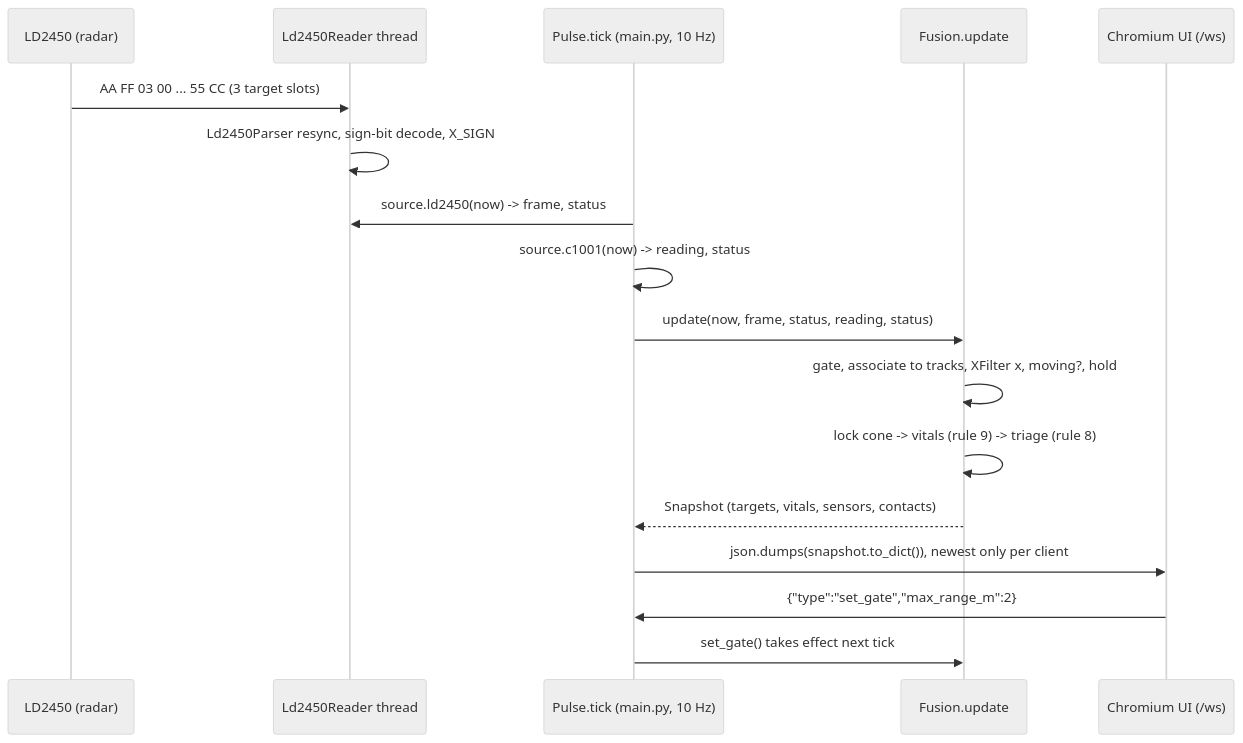
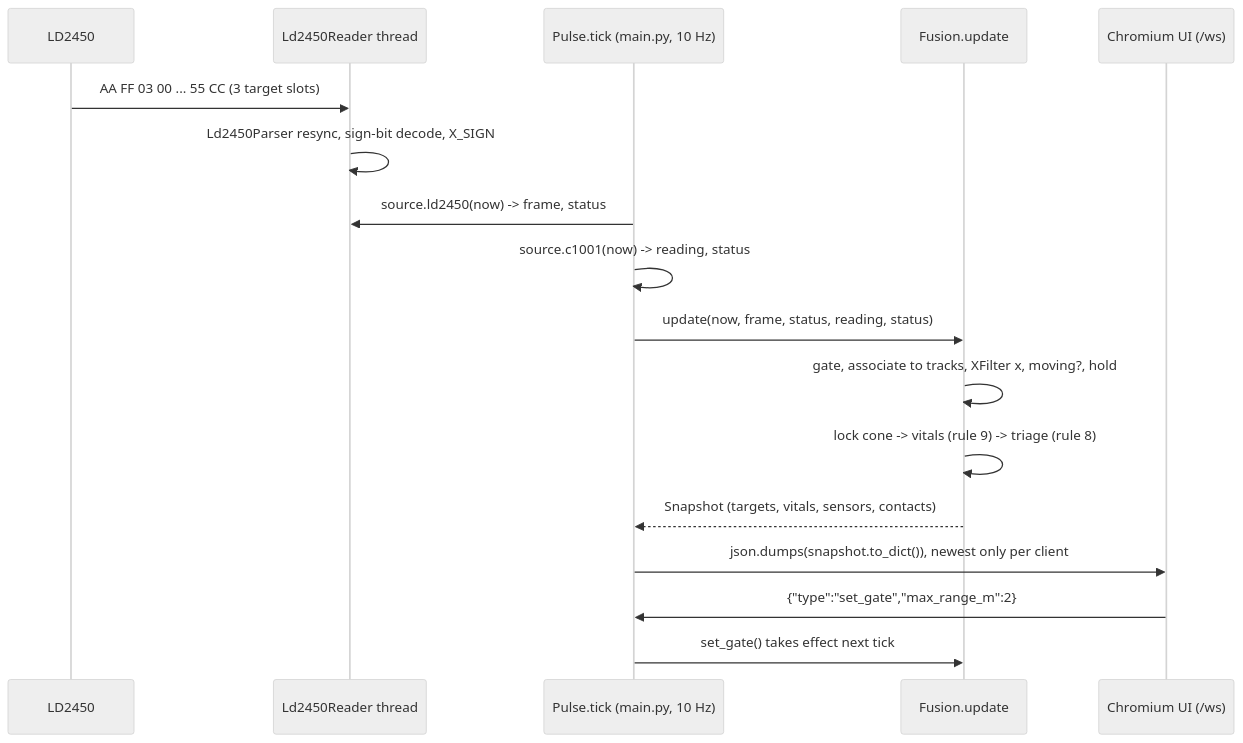
One commit to ar1shah/pulse changed the second of 2 diagrams in README.md. Above: the diagram before and after it, drawn with Mermaid (neutral theme). The commit also changed other lines of this file and 2 other files, not shown here.

````diff
--- a/README.md
+++ b/README.md
@@ -67,20 +129,20 @@
 ```mermaid
 sequenceDiagram
-    participant LD as LD2450 (radar)
-    participant RD as Ld2450Reader thread
-    participant P as Pulse.tick (main.py, 10 Hz)
-    participant F as Fusion.update
-    participant UI as Chromium UI (/ws)
+  participant LD as LD2450
+  participant RD as Ld2450Reader thread
+  participant P as Pulse.tick (main.py, 10 Hz)
+  participant F as Fusion.update
+  participant UI as Chromium UI (/ws)
 
-    LD->>RD: AA FF 03 00 ... 55 CC (3 target slots)
-    RD->>RD: Ld2450Parser resync, sign-bit decode, X_SIGN
-    P->>RD: source.ld2450(now) -> frame, status
-    P->>P: source.c1001(now) -> reading, status
-    P->>F: update(now, frame, status, reading, status)
-    F->>F: gate, associate to tracks, XFilter x, moving?, hold
-    F->>F: lock cone -> vitals (rule 9) -> triage (rule 8)
-    F-->>P: Snapshot (targets, vitals, sensors, contacts)
-    P->>UI: json.dumps(snapshot.to_dict()), newest only per client
-    UI->>P: {"type":"set_gate","max_range_m":2}
-    P->>F: set_gate() takes effect next tick
+  LD->>RD: AA FF 03 00 ... 55 CC (3 target slots)
+  RD->>RD: Ld2450Parser resync, sign-bit decode, X_SIGN
+  P->>RD: source.ld2450(now) -> frame, status
+  P->>P: source.c1001(now) -> reading, status
+  P->>F: update(now, frame, status, reading, status)
+  F->>F: gate, associate to tracks, XFilter x, moving?, hold
+  F->>F: lock cone -> vitals (rule 9) -> triage (rule 8)
+  F-->>P: Snapshot (targets, vitals, sensors, contacts)
+  P->>UI: json.dumps(snapshot.to_dict()), newest only per client
+  UI->>P: {"type":"set_gate","max_range_m":2}
+  P->>F: set_gate() takes effect next tick
 ```
````
